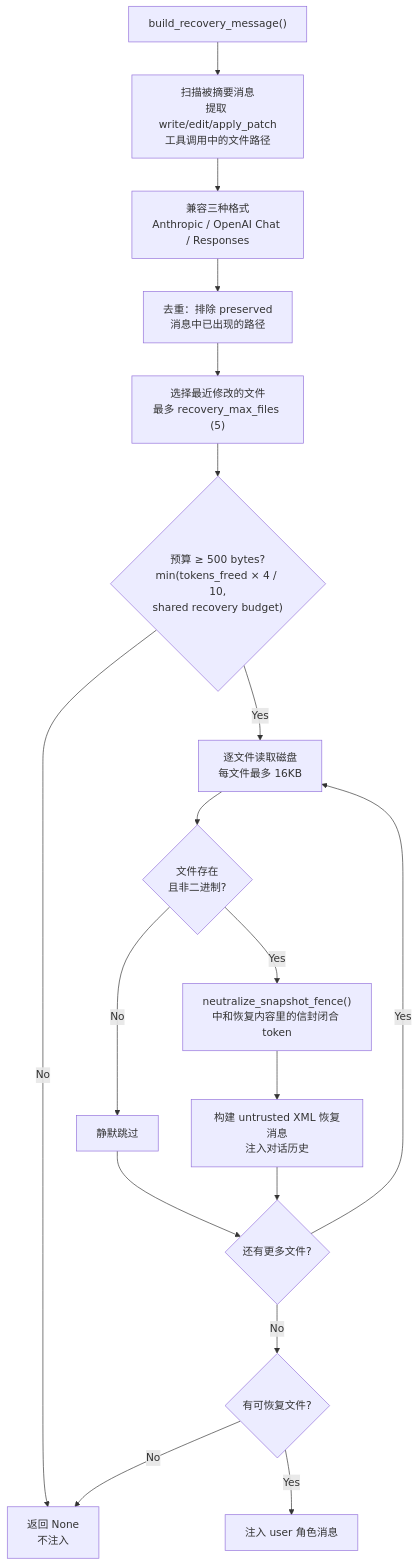
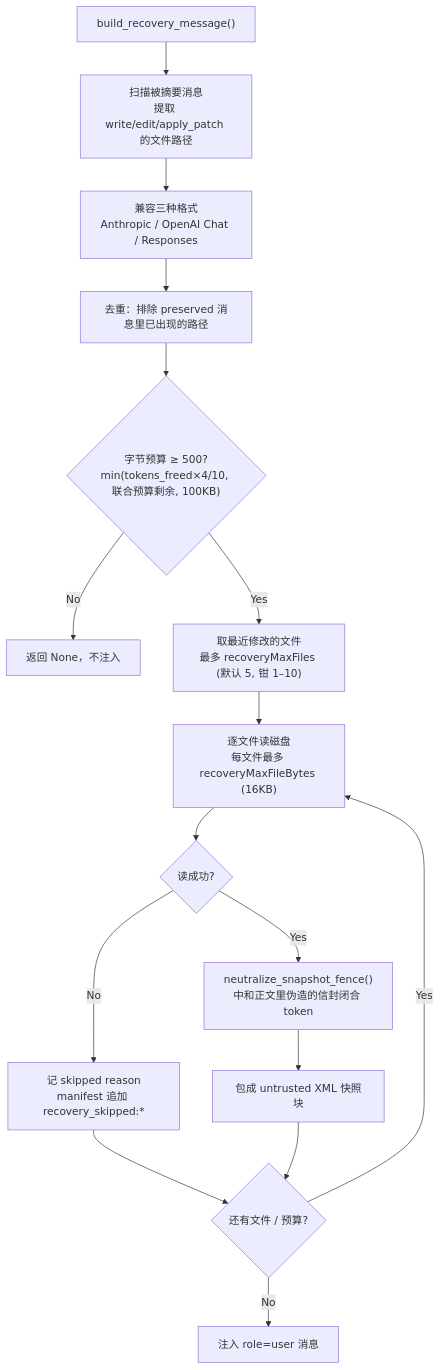
The fourth of 4 diagrams in docs/architecture/context-compact.md (shiwenwen/hope-agent), drawn with Mermaid before and after one commit. The commit also changed other lines of this file and 11 other files, not shown here.

````diff
--- a/docs/architecture/context-compact.md
+++ b/docs/architecture/context-compact.md
@@ -232,20 +227,18 @@
 ```mermaid
 flowchart TD
-    Start["build_recovery_message()"] --> Scan["扫描被摘要消息<br/>提取 write/edit/apply_patch<br/>工具调用中的文件路径"]
+    Start["build_recovery_message()"] --> Scan["扫描被摘要消息<br/>提取 write/edit/apply_patch 的文件路径"]
     Scan --> Compat["兼容三种格式<br/>Anthropic / OpenAI Chat / Responses"]
-    Compat --> Dedup["去重：排除 preserved<br/>消息中已出现的路径"]
-    Dedup --> Select["选择最近修改的文件<br/>最多 recovery_max_files (5)"]
-    Select --> Budget{"预算 ≥ 500 bytes?<br/>min(tokens_freed × 4 / 10,<br/>shared recovery budget)"}
-    Budget -- No --> None["返回 None<br/>不注入"]
-    Budget -- Yes --> ReadDisk["逐文件读取磁盘<br/>每文件最多 16KB"]
-    ReadDisk --> CheckFile{"文件存在<br/>且非二进制?"}
-    CheckFile -- No --> SkipFile["静默跳过"]
-    CheckFile -- Yes --> Fence["neutralize_snapshot_fence()<br/>中和恢复内容里的信封闭合 token"]
-    Fence --> Inject["构建 untrusted XML 恢复消息<br/>注入对话历史"]
-    SkipFile --> CheckMore{"还有更多文件?"}
-    CheckMore -- Yes --> ReadDisk
-    CheckMore -- No --> FinalCheck
-    Inject --> CheckMore
-    FinalCheck{"有可恢复文件?"} -- Yes --> Return["注入 user 角色消息"]
-    FinalCheck -- No --> None
+    Compat --> Dedup["去重：排除 preserved 消息里已出现的路径"]
+    Dedup --> Budget{"字节预算 ≥ 500?<br/>min(tokens_freed×4/10, 联合预算剩余, 100KB)"}
+    Budget -- No --> None["返回 None，不注入"]
+    Budget -- Yes --> Select["取最近修改的文件<br/>最多 recoveryMaxFiles (默认 5, 钳 1–10)"]
+    Select --> ReadDisk["逐文件读磁盘<br/>每文件最多 recoveryMaxFileBytes (16KB)"]
+    ReadDisk --> CheckFile{"读成功?"}
+    CheckFile -- No --> Skip["记 skipped reason<br/>manifest 追加 recovery_skipped:*"]
+    CheckFile -- Yes --> Fence["neutralize_snapshot_fence()<br/>中和正文里伪造的信封闭合 token"]
+    Fence --> Wrap["包成 untrusted XML 快照块"]
+    Skip --> More{"还有文件 / 预算?"}
+    Wrap --> More
+    More -- Yes --> ReadDisk
+    More -- No --> Emit["注入 role=user 消息"]
 ```
````
